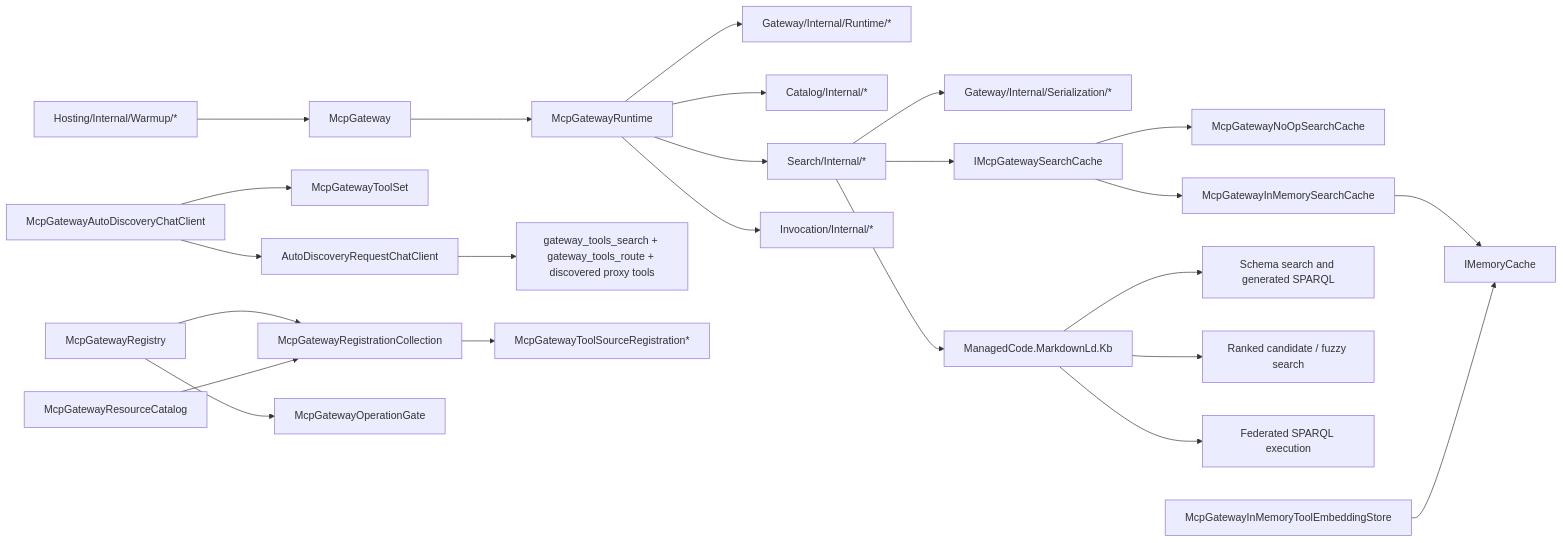
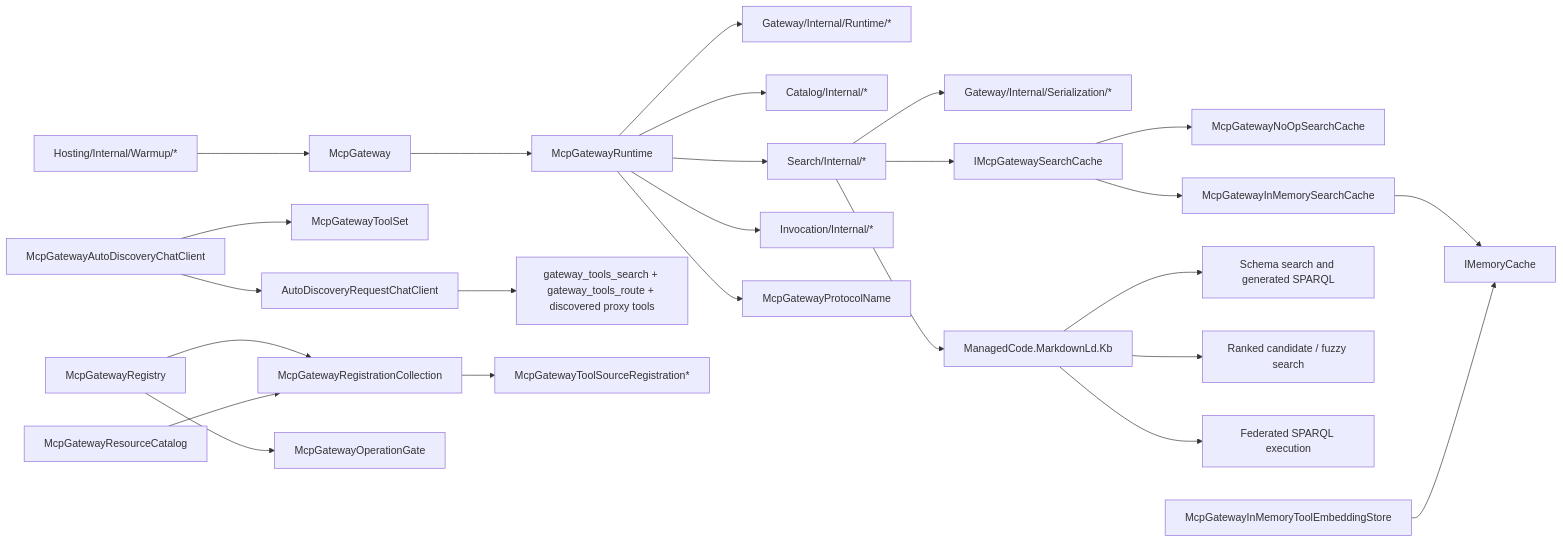
Before and after one commit to managedcode/MCPGateway: the fourth of 4 diagrams in docs/Architecture/Overview.md, drawn with Mermaid. The commit also changed other lines of this file and 50 other files, not shown here.

Commit message:
fix names for mcp tools

````diff
--- a/docs/Architecture/Overview.md
+++ b/docs/Architecture/Overview.md
@@ -145,26 +145,27 @@
 ```mermaid
 flowchart LR
     McpGateway["McpGateway"] --> McpGatewayRuntime["McpGatewayRuntime"]
     AutoDiscovery["McpGatewayAutoDiscoveryChatClient"] --> ToolSet["McpGatewayToolSet"]
     AutoDiscovery --> RequestWrapper["AutoDiscoveryRequestChatClient"]
     RequestWrapper --> RuntimeTools["gateway_tools_search + gateway_tools_route + discovered proxy tools"]
     McpGatewayRuntime --> RuntimeCore["Gateway/Internal/Runtime/*"]
     McpGatewayRuntime --> RuntimeCatalog["Catalog/Internal/*"]
     McpGatewayRuntime --> RuntimeSearch["Search/Internal/*"]
     McpGatewayRuntime --> RuntimeInvocation["Invocation/Internal/*"]
+    McpGatewayRuntime --> ProtocolNames["McpGatewayProtocolName"]
     Registry["McpGatewayRegistry"] --> RegistrationCollection["McpGatewayRegistrationCollection"]
     Registry --> OperationGate["McpGatewayOperationGate"]
     ResourceCatalog["McpGatewayResourceCatalog"] --> RegistrationCollection
     RegistrationCollection --> SourceRegistrations["McpGatewayToolSourceRegistration*"]
     RuntimeSearch --> Json["Gateway/Internal/Serialization/*"]
     RuntimeSearch --> SearchCache["IMcpGatewaySearchCache"]
     SearchCache --> NoOpCache["McpGatewayNoOpSearchCache"]
     SearchCache --> InMemorySearchCache["McpGatewayInMemorySearchCache"]
     InMemorySearchCache --> MemoryCache["IMemoryCache"]
     RuntimeSearch --> MarkdownLd["ManagedCode.MarkdownLd.Kb"]
     MarkdownLd --> SchemaSparql["Schema search and generated SPARQL"]
     MarkdownLd --> RankedSearch["Ranked candidate / fuzzy search"]
     MarkdownLd --> Federation["Federated SPARQL execution"]
     Warmup["Hosting/Internal/Warmup/*"] --> McpGateway
     InMemoryStore["McpGatewayInMemoryToolEmbeddingStore"] --> MemoryCache["IMemoryCache"]
 ```
````
